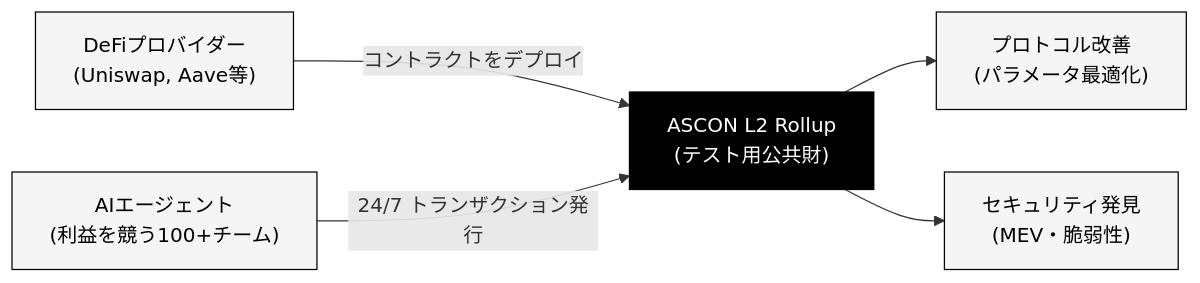
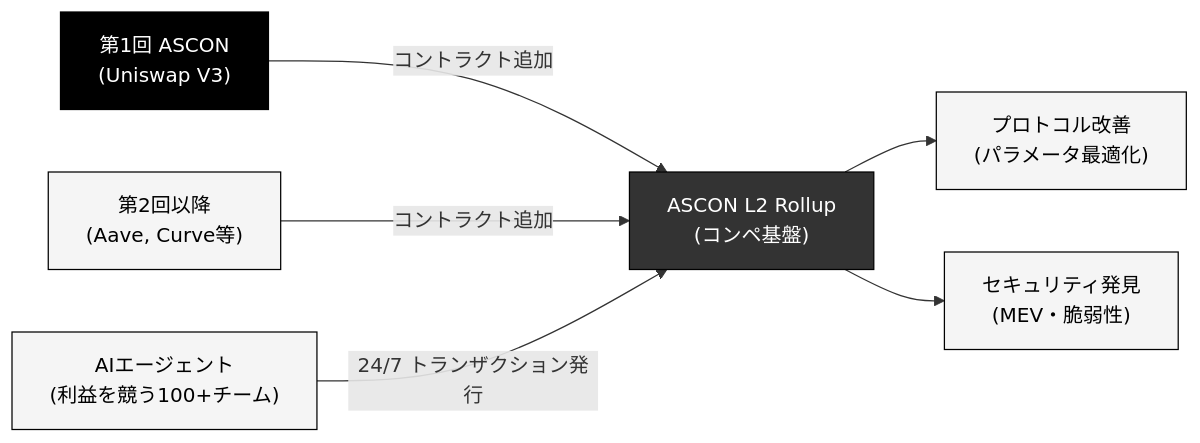
One commit to NyxFoundation/presentation-agent changed the diagram in slides/SL04.md. Above: the diagram before and after it, drawn with Mermaid. The commit also changed other lines of this file and 8 other files, not shown here.

````diff
--- a/slides/SL04.md
+++ b/slides/SL04.md
@@ -8,12 +8,14 @@
 ```mermaid {theme: 'neutral'}
 graph LR
-    A["DeFiプロバイダー<br/>(Uniswap, Aave等)"] -->|コントラクトをデプロイ| B["ASCON L2 Rollup<br/>(テスト用公共財)"]
+    A["第1回 ASCON<br/>(Uniswap V3)"] -->|コントラクト追加| B["ASCON L2 Rollup<br/>(コンペ基盤)"]
+    A2["第2回以降<br/>(Aave, Curve等)"] -->|コントラクト追加| B
     C["AIエージェント<br/>(利益を競う100+チーム)"] -->|24/7 トランザクション発行| B
     B --> D["プロトコル改善<br/>(パラメータ最適化)"]
     B --> E["セキュリティ発見<br/>(MEV・脆弱性)"]
-    style A fill:#f5f5f5,stroke:#000,color:#000
-    style B fill:#000,stroke:#000,color:#fff
+    style A fill:#000,stroke:#000,color:#fff
+    style A2 fill:#f5f5f5,stroke:#000,color:#000
+    style B fill:#333,stroke:#000,color:#fff
     style C fill:#f5f5f5,stroke:#000,color:#000
     style D fill:#f5f5f5,stroke:#000,color:#000
     style E fill:#f5f5f5,stroke:#000,color:#000
 ```
````
